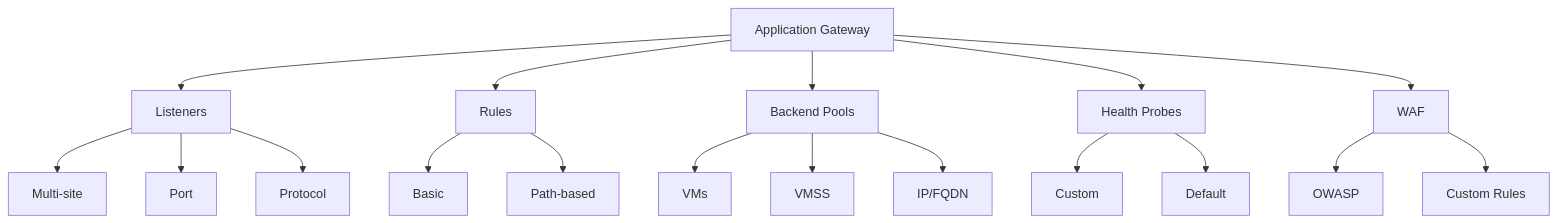
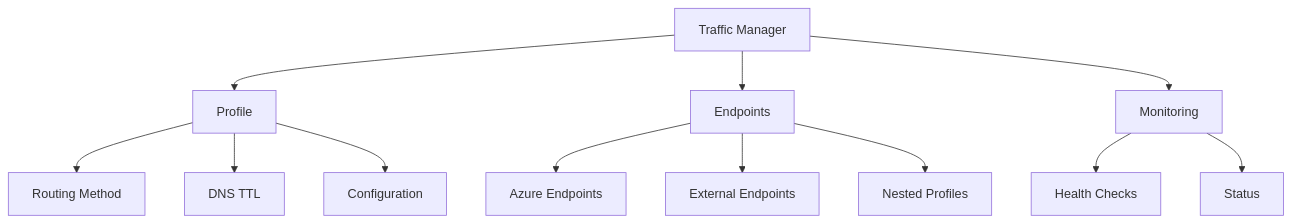
The third of 18 diagrams in src/azure/az-104/Load_Balancing.md (saravanakumarrc/Architecture_Journey), drawn with Mermaid before and after one commit. The commit also changed other lines of this file and 6 other files, not shown here.

````diff
--- a/src/azure/az-104/Load_Balancing.md
+++ b/src/azure/az-104/Load_Balancing.md
@@ -57,25 +57,17 @@
 ```mermaid
 graph TB
-    A[Application Gateway] --> B[Listeners]
-    A --> C[Rules]
-    A --> D[Backend Pools]
-    A --> E[Health Probes]
-    A --> F[WAF]
+    A[Traffic Manager] --> B[Profile]
+    A --> C[Endpoints]
+    A --> D[Monitoring]
     
-    B --> B1[Multi-site]
-    B --> B2[Port]
-    B --> B3[Protocol]
+    B --> B1[Routing Method]
+    B --> B2[DNS TTL]
+    B --> B3[Configuration]
     
-    C --> C1[Basic]
-    C --> C2[Path-based]
+    C --> C1[Azure Endpoints]
+    C --> C2[External Endpoints]
+    C --> C3[Nested Profiles]
     
-    D --> D1[VMs]
-    D --> D2[VMSS]
-    D --> D3[IP/FQDN]
-    
-    E --> E1[Custom]
-    E --> E2[Default]
-    
-    F --> F1[OWASP]
-    F --> F2[Custom Rules]
+    D --> D1[Health Checks]
+    D --> D2[Status]
 ```
````
